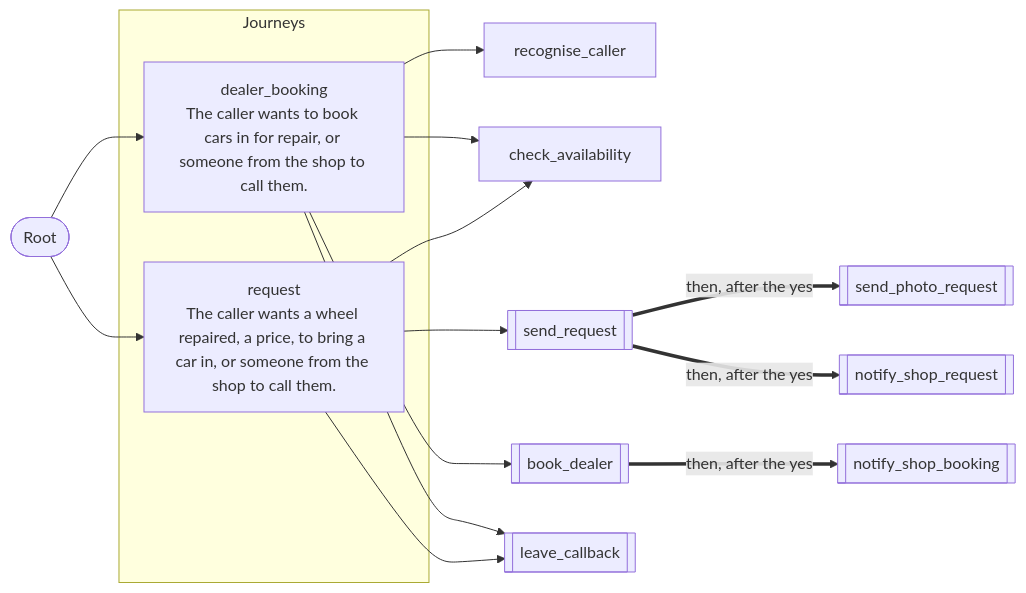
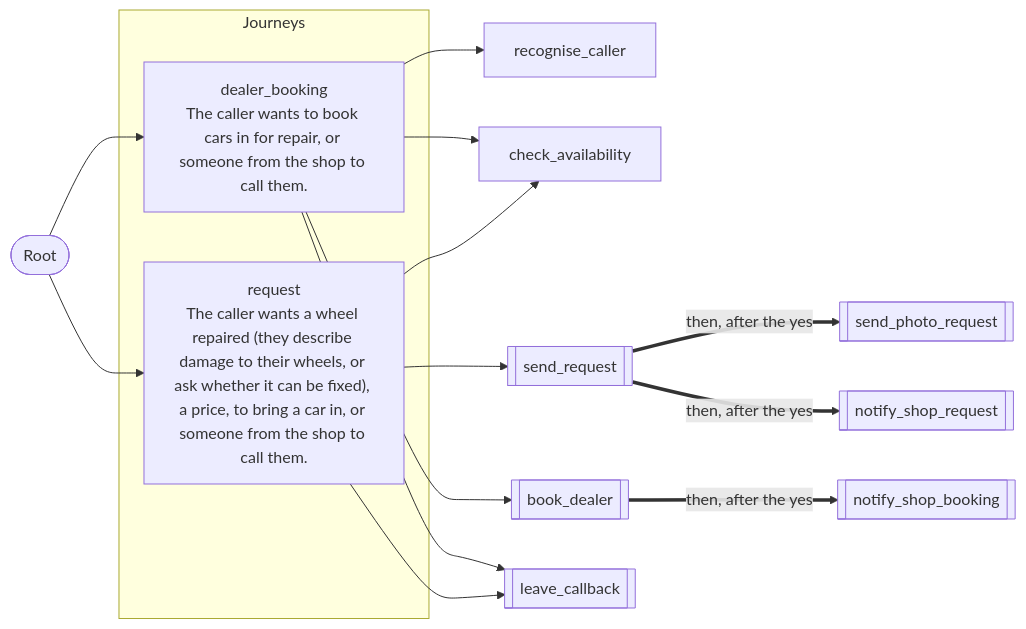
Before and after one commit to DialogWright/dialogwright: the second of 2 diagrams in apps/wheelshop-agent/APP-MAP.md, drawn with Mermaid. The commit also changed 2 other files, not shown here.

Commit message:
wheelshop-agent: the request task covers a caller describing damage to their wheels
The request journey's `when` now says that a caller who describes damage to their wheels, or asks whether
it can be fixed, wants a repair. Measured on the labelled routing turns of 2026-11-13 (mapped onto the one
request journey): missed starts at the shop's start bar 0.7 fall from 16 of 52 to 7, accuracy from 0.88 to
0.91. POLICY.md and APP-MAP.md regenerated (the trigger's words only); policy.matrix unchanged.

````diff
--- a/apps/wheelshop-agent/APP-MAP.md
+++ b/apps/wheelshop-agent/APP-MAP.md
@@ -54,28 +54,28 @@
 ```mermaid
 flowchart LR
   root(["Root"])
   subgraph journeys["Journeys"]
-    j_request["request<br/>The caller wants a wheel repaired, a price, to bring a car in, or someone from the shop to call them."]
+    j_request["request<br/>The caller wants a wheel repaired (they describe damage to their wheels, or ask whether it can be fixed), a price, to bring a car in, or someone from the shop to call them."]
     j_dealer_booking["dealer_booking<br/>The caller wants to book cars in for repair, or someone from the shop to call them."]
   end
   a_recognise_caller["recognise_caller"]
   a_check_availability["check_availability"]
   a_send_request[["send_request"]]
   a_send_photo_request[["send_photo_request"]]
   a_notify_shop_request[["notify_shop_request"]]
   a_book_dealer[["book_dealer"]]
   a_notify_shop_booking[["notify_shop_booking"]]
   a_leave_callback[["leave_callback"]]
   root --> j_request
   root --> j_dealer_booking
   j_request --> a_check_availability
   j_request --> a_send_request
   j_request --> a_leave_callback
   j_dealer_booking --> a_recognise_caller
   j_dealer_booking --> a_check_availability
   j_dealer_booking --> a_book_dealer
   j_dealer_booking --> a_leave_callback
   a_send_request ==>|"then, after the yes"| a_send_photo_request
   a_send_request ==>|"then, after the yes"| a_notify_shop_request
   a_book_dealer ==>|"then, after the yes"| a_notify_shop_booking
 ```
````
